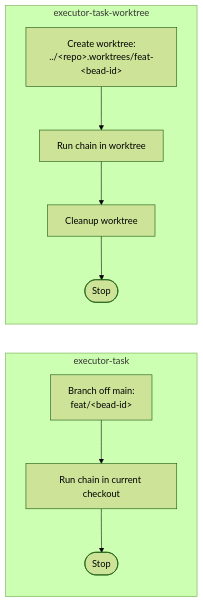
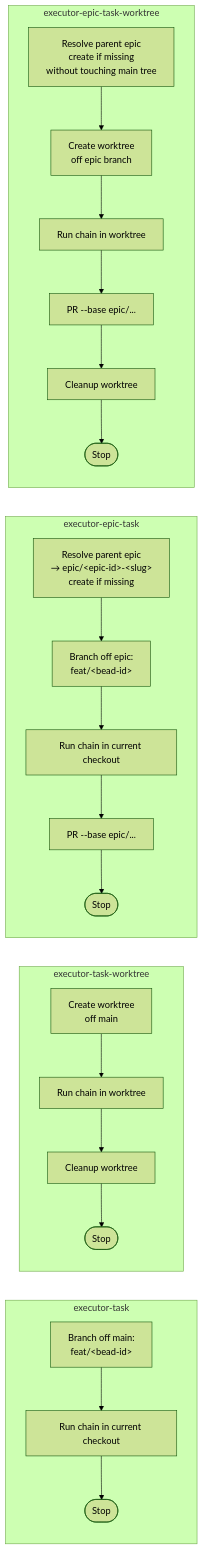
One commit to jsiovn/workflow-template changed the fourth of 5 diagrams in docs/SKILLS_RELATIONSHIPS.md. Above: the diagram before and after it, drawn with Mermaid (forest theme). The commit also changed other lines of this file and 10 other files, not shown here.

First line of the commit message:
Add executor-epic-task{,-worktree} skills for epic-branch delivery

````diff
--- a/docs/SKILLS_RELATIONSHIPS.md
+++ b/docs/SKILLS_RELATIONSHIPS.md
@@ -152,9 +163,15 @@
 ```mermaid
 flowchart LR
     subgraph ET[executor-task]
         ETA[Branch off main:<br/>feat/&lt;bead-id&gt;] --> ETB[Run chain in current checkout] --> ETC([Stop])
     end
     subgraph ETW[executor-task-worktree]
-        ETWA[Create worktree:<br/>../&lt;repo&gt;.worktrees/feat-&lt;bead-id&gt;] --> ETWB[Run chain in worktree] --> ETWC[Cleanup worktree] --> ETWD([Stop])
+        ETWA[Create worktree<br/>off main] --> ETWB[Run chain in worktree] --> ETWC[Cleanup worktree] --> ETWD([Stop])
+    end
+    subgraph EET[executor-epic-task]
+        EETA[Resolve parent epic<br/>→ epic/&lt;epic-id&gt;-&lt;slug&gt;<br/>create if missing] --> EETB[Branch off epic:<br/>feat/&lt;bead-id&gt;] --> EETC[Run chain in current checkout] --> EETD[PR --base epic/...] --> EETE([Stop])
+    end
+    subgraph EETW[executor-epic-task-worktree]
+        EETWA[Resolve parent epic<br/>create if missing<br/>without touching main tree] --> EETWB[Create worktree<br/>off epic branch] --> EETWC[Run chain in worktree] --> EETWD[PR --base epic/...] --> EETWE[Cleanup worktree] --> EETWF([Stop])
     end
 ```
````
